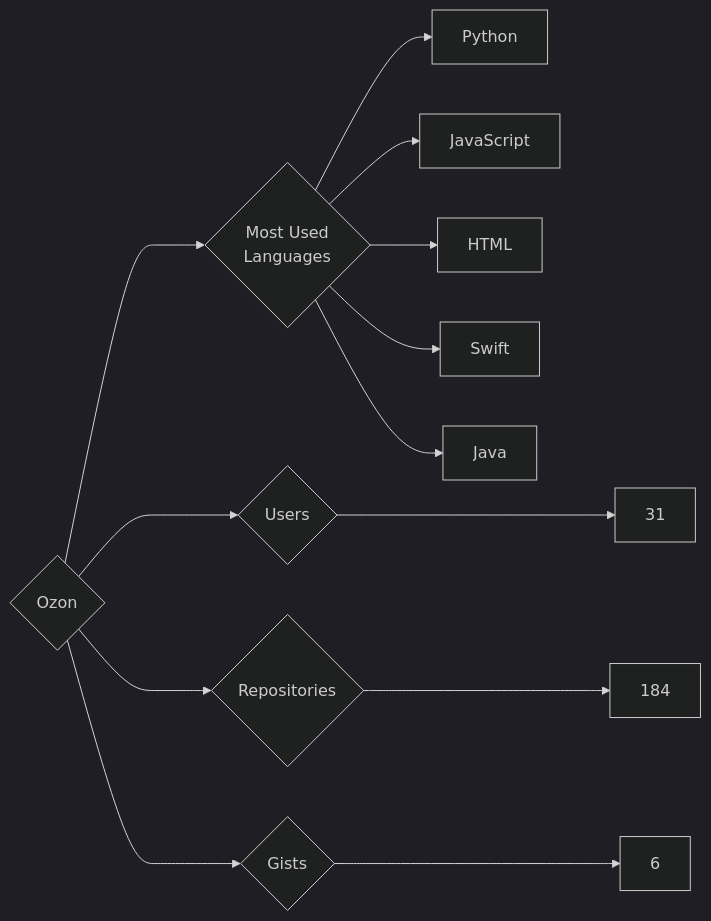
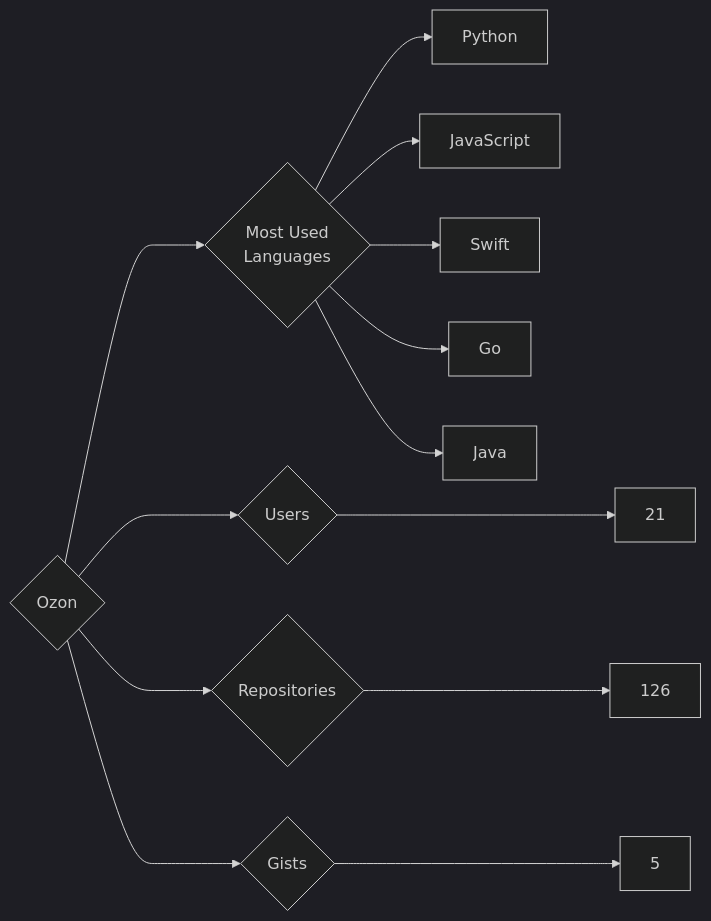
The diagram in targets/Ozon/README.md (trickest/insiders), drawn with Mermaid (dark theme) before and after one commit. The commit also changed 928 other files, not shown here.

````diff
--- a/targets/Ozon/README.md
+++ b/targets/Ozon/README.md
@@ -3,13 +3,13 @@
 ```mermaid
 graph LR
 COMPANY_NAME{Ozon}
-COMPANY_NAME ---> U{Users} ---> UN[31]
-COMPANY_NAME ---> R{Repositories} ---> RN[184]
-COMPANY_NAME ---> G{Gists} ---> GN[6]
+COMPANY_NAME ---> U{Users} ---> UN[21]
+COMPANY_NAME ---> R{Repositories} ---> RN[126]
+COMPANY_NAME ---> G{Gists} ---> GN[5]
 COMPANY_NAME ---> ML{Most Used<br>Languages}
 ML --> Python[Python]
 ML --> JavaScript[JavaScript]
-ML --> HTML[HTML]
 ML --> Swift[Swift]
+ML --> Go[Go]
 ML --> Java[Java]
 ```
````
